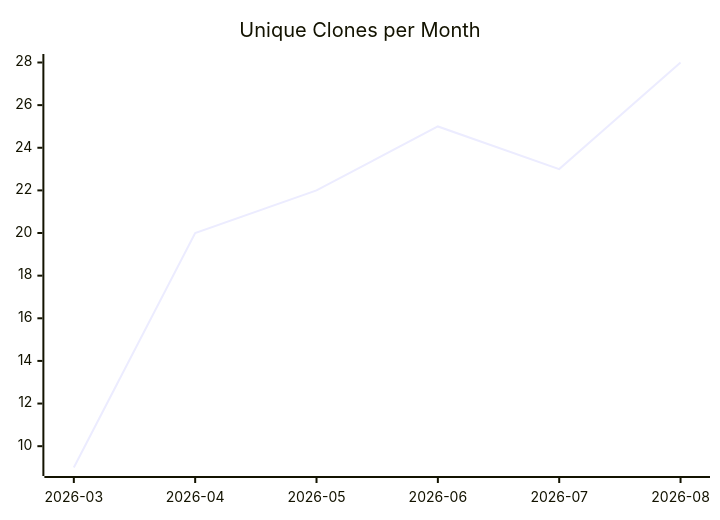
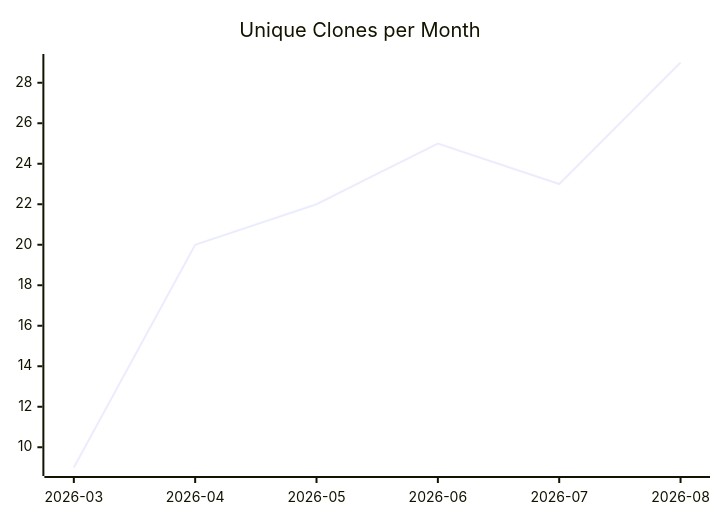
The third of 3 diagrams in karlmdavis/kxml2/README.md (justdavis-family/github-analytics-data), drawn with Mermaid before and after one commit. The commit also changed other lines of this file and 190 other files, not shown here.

````diff
--- a/karlmdavis/kxml2/README.md
+++ b/karlmdavis/kxml2/README.md
@@ -19,6 +19,6 @@
 ```mermaid
 xychart-beta
   title "Unique Clones per Month"
   x-axis ["2026-03", "2026-04", "2026-05", "2026-06", "2026-07", "2026-08"]
-  line [9, 20, 22, 25, 23, 28]
+  line [9, 20, 22, 25, 23, 29]
 ```
````
